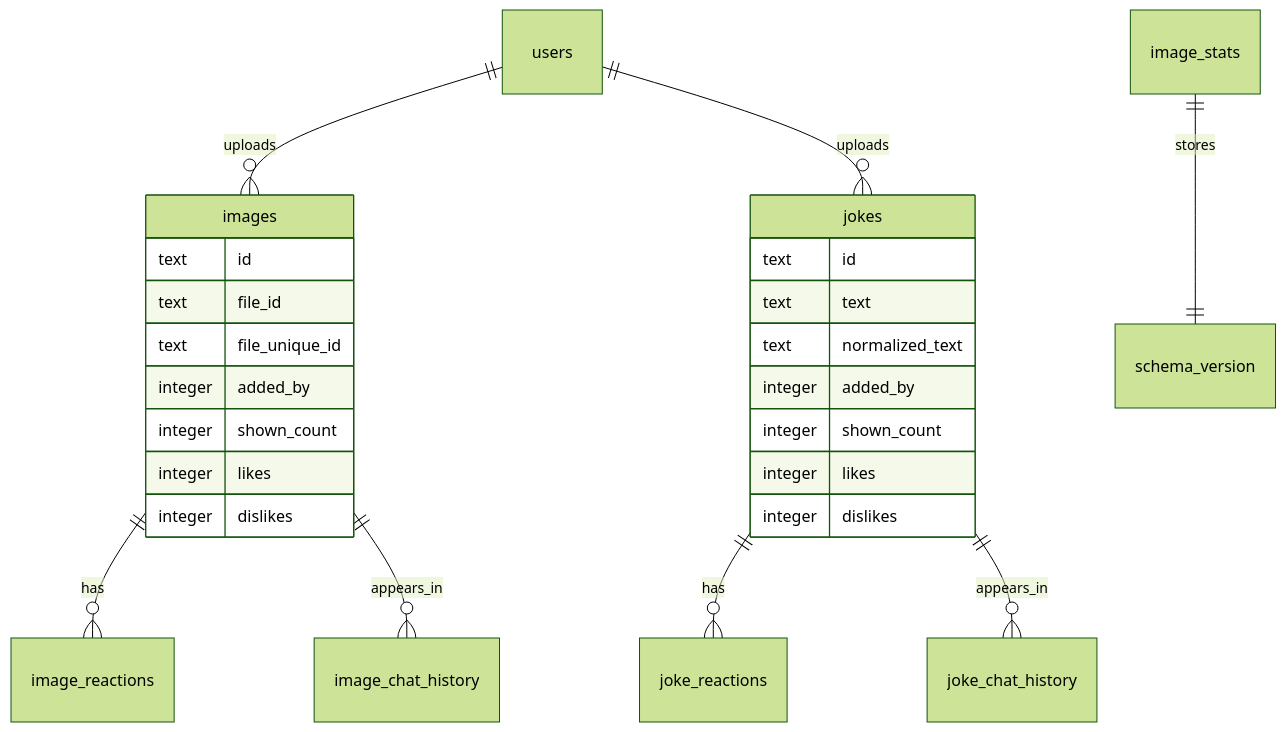
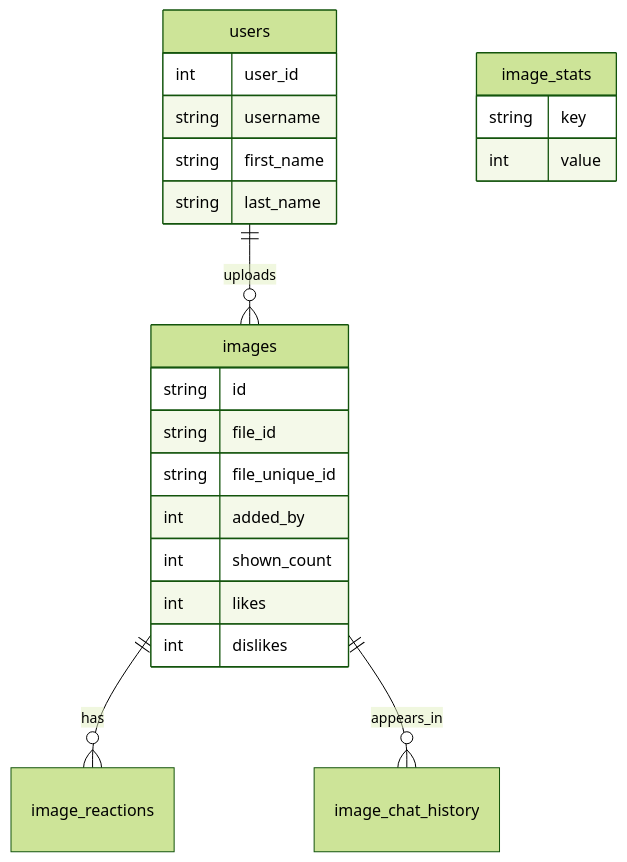
Before and after one commit to StonerHand/kartinkomet-bot: the second of 2 diagrams in README.md, drawn with Mermaid (forest theme). The commit also changed other lines of this file and 15 other files, not shown here.

````diff
--- a/README.md
+++ b/README.md
@@ -226,30 +144,25 @@
 ```mermaid
 erDiagram
+    users ||--o{ images : uploads
     images ||--o{ image_reactions : has
     images ||--o{ image_chat_history : appears_in
-    users ||--o{ images : uploads
-    jokes ||--o{ joke_reactions : has
-    jokes ||--o{ joke_chat_history : appears_in
-    users ||--o{ jokes : uploads
-    image_stats ||--|| schema_version : stores
-
+    image_stats {
+        string key
+        int value
+    }
+    users {
+        int user_id
+        string username
+        string first_name
+        string last_name
+    }
     images {
-        text id
-        text file_id
-        text file_unique_id
-        integer added_by
-        integer shown_count
-        integer likes
-        integer dislikes
-    }
-
-    jokes {
-        text id
-        text text
-        text normalized_text
-        integer added_by
-        integer shown_count
-        integer likes
-        integer dislikes
+        string id
+        string file_id
+        string file_unique_id
+        int added_by
+        int shown_count
+        int likes
+        int dislikes
     }
 ```
````
